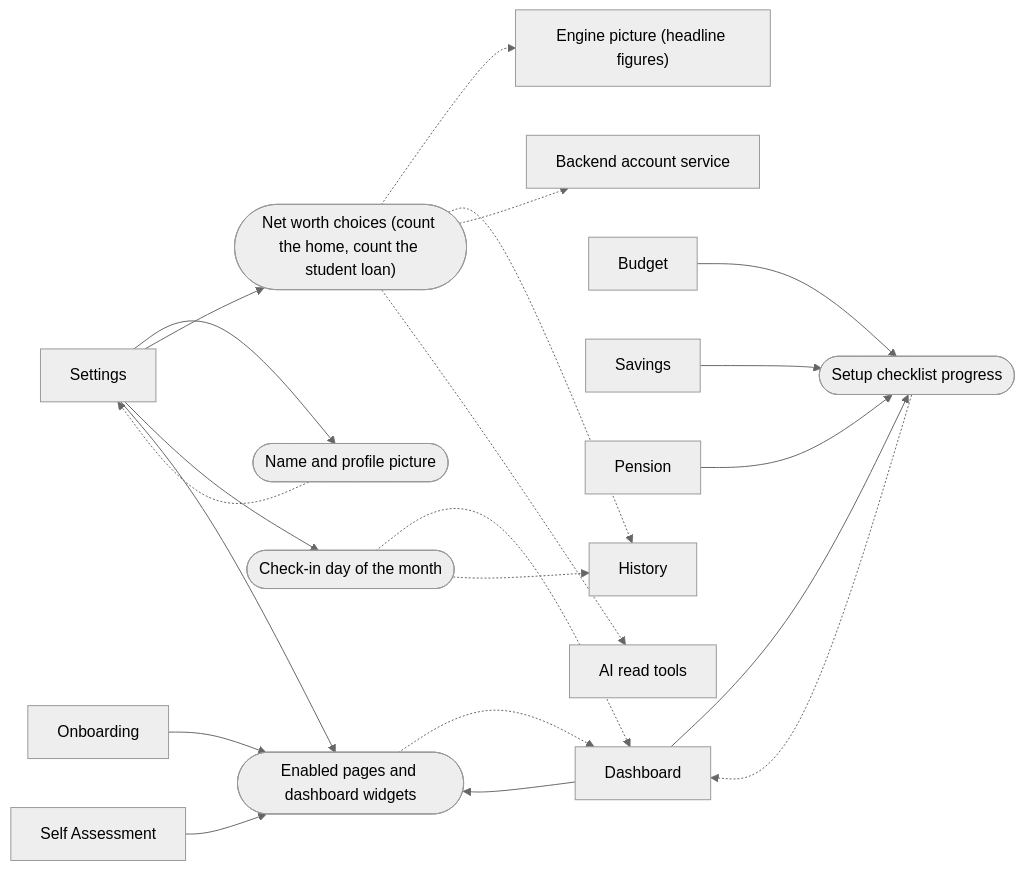
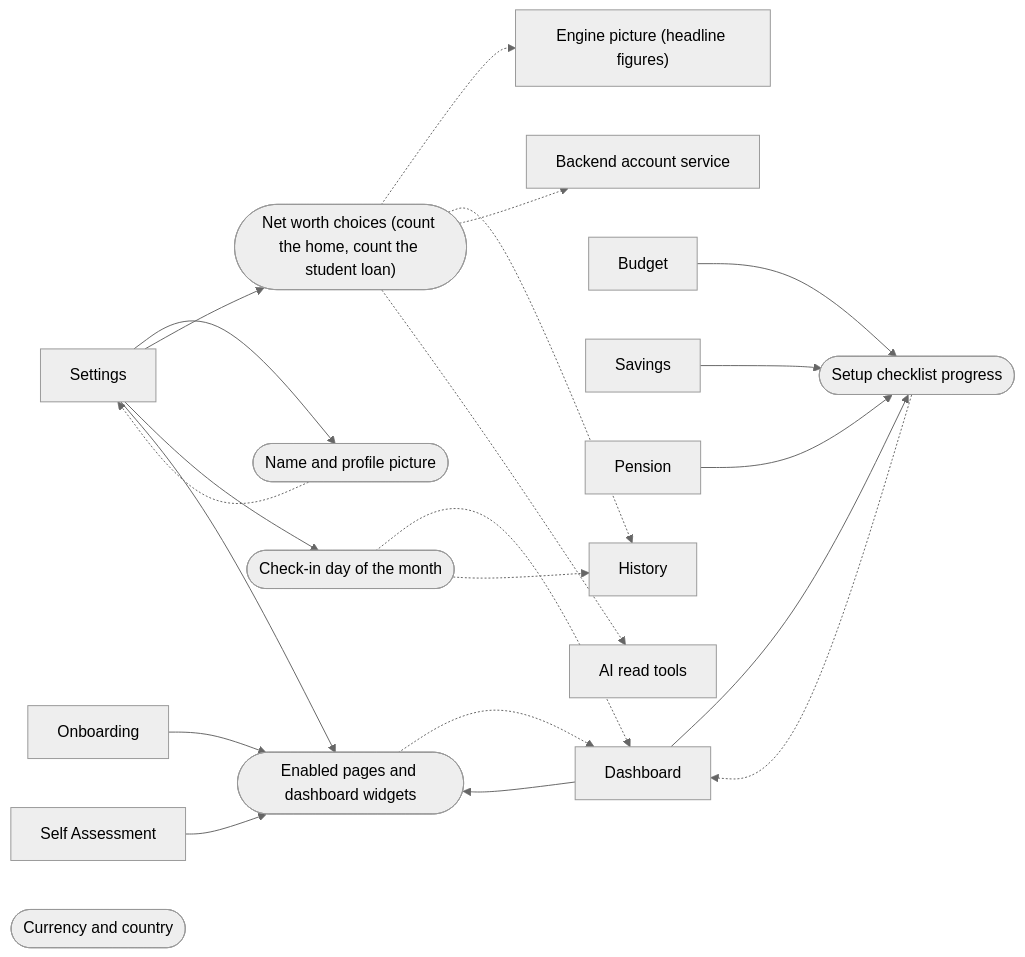
The fourth of 7 diagrams in docs/system/generated/connections.md (mgallagher56/flump), drawn with Mermaid (neutral theme) before and after one commit. The commit also changed other lines of this file and 24 other files, not shown here.

````diff
--- a/docs/system/generated/connections.md
+++ b/docs/system/generated/connections.md
@@ -341,39 +346,40 @@
 ```mermaid
 flowchart LR
   s_onboarding["Onboarding"]
   s_dashboard["Dashboard"]
   s_history["History"]
   s_budget["Budget"]
   s_savings["Savings"]
   s_pension["Pension"]
   s_self_assessment["Self Assessment"]
   s_settings["Settings"]
   s_picture["Engine picture (headline figures)"]
   s_account_service["Backend account service"]
   s_mcp_read["AI read tools"]
   f_name_and_avatar(["Name and profile picture"])
   s_settings --> f_name_and_avatar
   f_name_and_avatar -.-> s_settings
   f_net_worth_choices(["Net worth choices (count the home, count the student loan)"])
   s_settings --> f_net_worth_choices
   f_net_worth_choices -.-> s_picture
   f_net_worth_choices -.-> s_history
   f_net_worth_choices -.-> s_account_service
   f_net_worth_choices -.-> s_mcp_read
   f_check_in_day(["Check-in day of the month"])
   s_settings --> f_check_in_day
   f_check_in_day -.-> s_dashboard
   f_check_in_day -.-> s_history
   f_enabled_pages_and_widgets(["Enabled pages and dashboard widgets"])
   s_settings --> f_enabled_pages_and_widgets
   s_onboarding --> f_enabled_pages_and_widgets
   s_self_assessment --> f_enabled_pages_and_widgets
   s_dashboard --> f_enabled_pages_and_widgets
   f_enabled_pages_and_widgets -.-> s_dashboard
   f_setup_checklist(["Setup checklist progress"])
   s_dashboard --> f_setup_checklist
   s_savings --> f_setup_checklist
   s_pension --> f_setup_checklist
   s_budget --> f_setup_checklist
   f_setup_checklist -.-> s_dashboard
+  f_currency_and_country(["Currency and country"])
 ```
````
